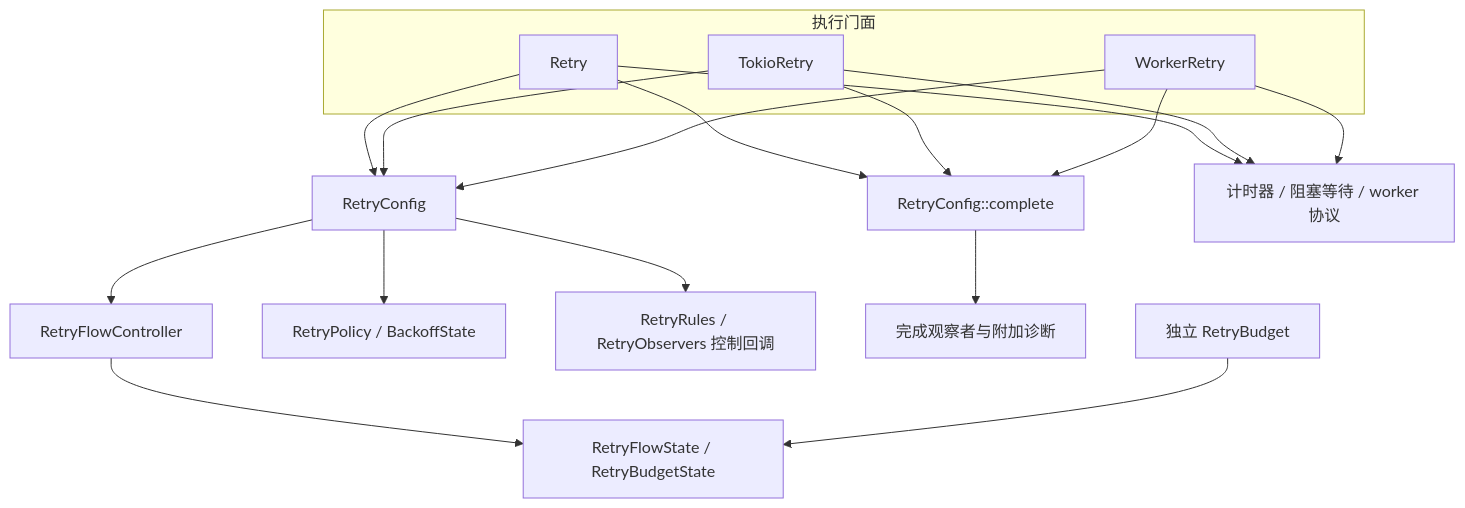
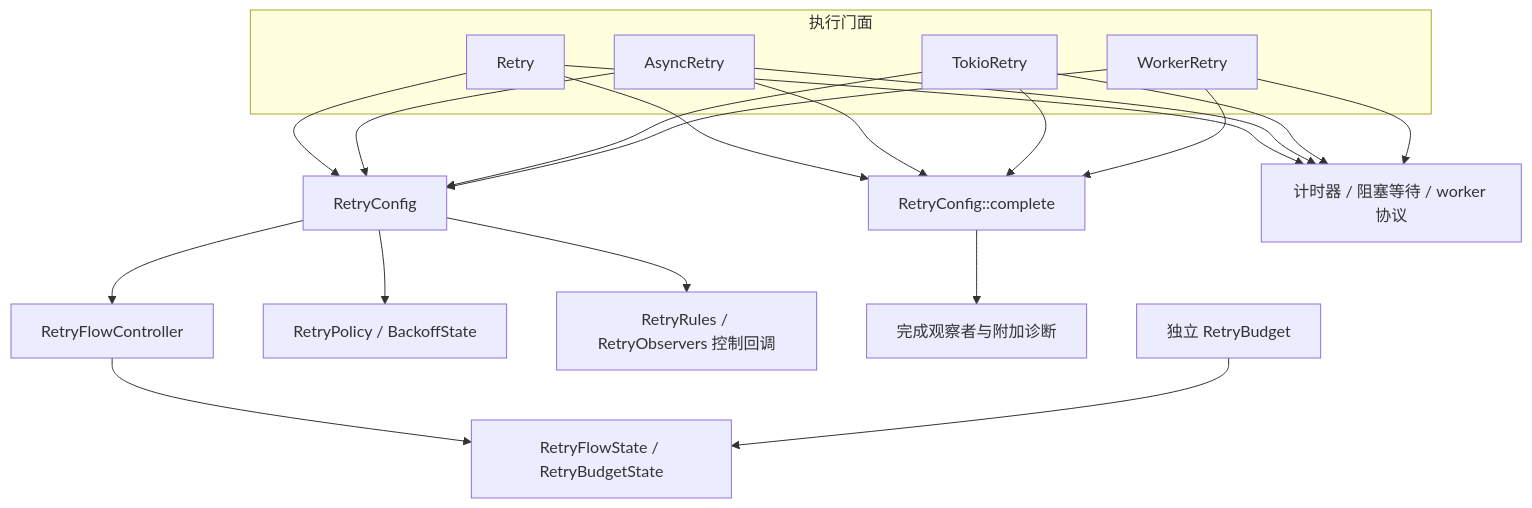
The diagram in doc/design.zh_CN.md (qubit-ltd/rs-retry), drawn with Mermaid before and after one commit. The commit also changed other lines of this file and 7 other files, not shown here.

Commit message:
docs: document async and tokio retry executors

````diff
--- a/doc/design.zh_CN.md
+++ b/doc/design.zh_CN.md
@@ -12,23 +12,27 @@
 ```mermaid
 flowchart TD
     subgraph executors [执行门面]
         F1[Retry]
-        F2[TokioRetry]
-        F3[WorkerRetry]
+        F2[AsyncRetry]
+        F3[TokioRetry]
+        F4[WorkerRetry]
     end
     F1 --> CFG[RetryConfig]
     F2 --> CFG
     F3 --> CFG
+    F4 --> CFG
     CFG --> C[RetryFlowController]
     C --> S[RetryFlowState / RetryBudgetState]
     CFG --> P[RetryPolicy / BackoffState]
     CFG --> O[RetryRules / RetryObservers 控制回调]
     F1 --> R[RetryConfig::complete]
     F2 --> R
     F3 --> R
+    F4 --> R
     R --> D[完成观察者与附加诊断]
     F1 --> W[计时器 / 阻塞等待 / worker 协议]
     F2 --> W
     F3 --> W
+    F4 --> W
     B[独立 RetryBudget] --> S
 ```
````
